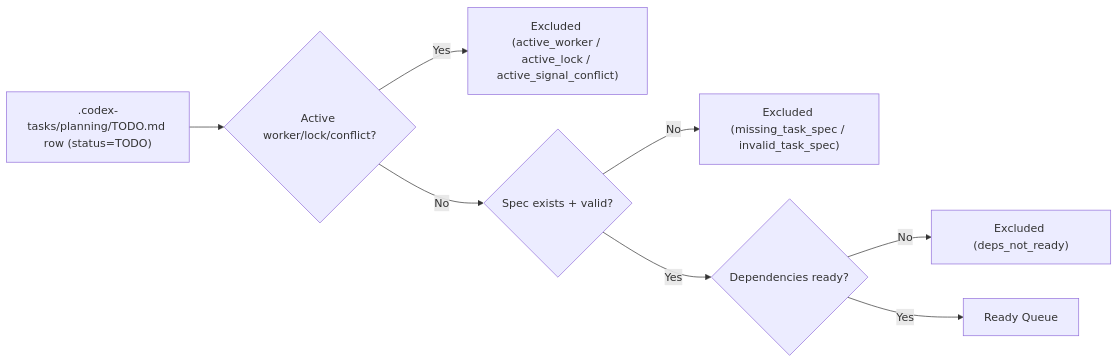
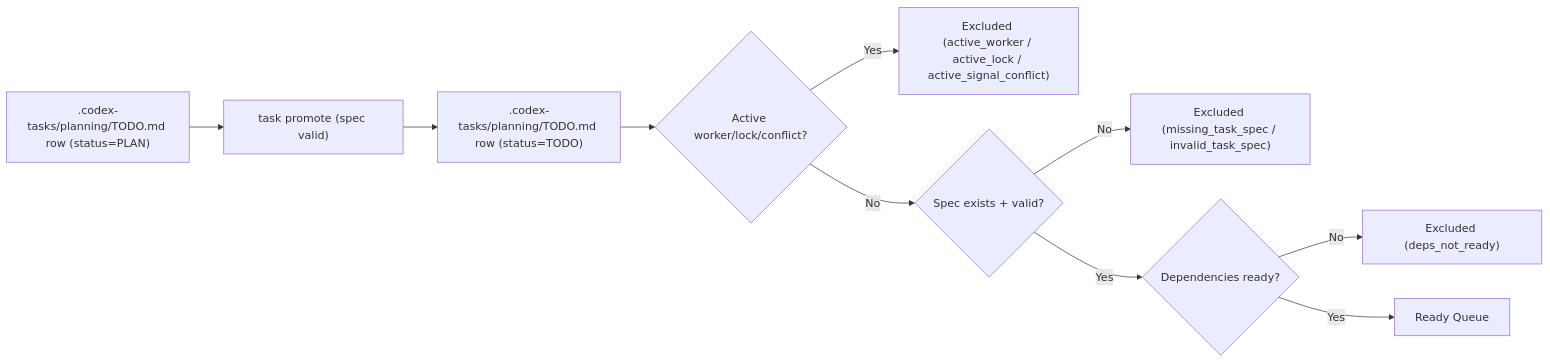
The first of 2 diagrams in README.md (jaycho46/codex-tasks), drawn with Mermaid before and after one commit. The commit also changed other lines of this file and 10 other files, not shown here.

````diff
--- a/README.md
+++ b/README.md
@@ -153,10 +161,12 @@
 ```mermaid
 flowchart LR
-  A[".codex-tasks/planning/TODO.md row (status=TODO)"] --> C{"Active worker/lock/conflict?"}
+  P[".codex-tasks/planning/TODO.md row (status=PLAN)"] --> Q["task promote (spec valid)"]
+  Q --> A[".codex-tasks/planning/TODO.md row (status=TODO)"]
+  A --> C{"Active worker/lock/conflict?"}
   C -- "Yes" --> E["Excluded (active_worker / active_lock / active_signal_conflict)"]
   C -- "No" --> G{"Spec exists + valid?"}
   G -- "No" --> H["Excluded (missing_task_spec / invalid_task_spec)"]
   G -- "Yes" --> I{"Dependencies ready?"}
   I -- "No" --> J["Excluded (deps_not_ready)"]
   I -- "Yes" --> K["Ready Queue"]
 ```
````
